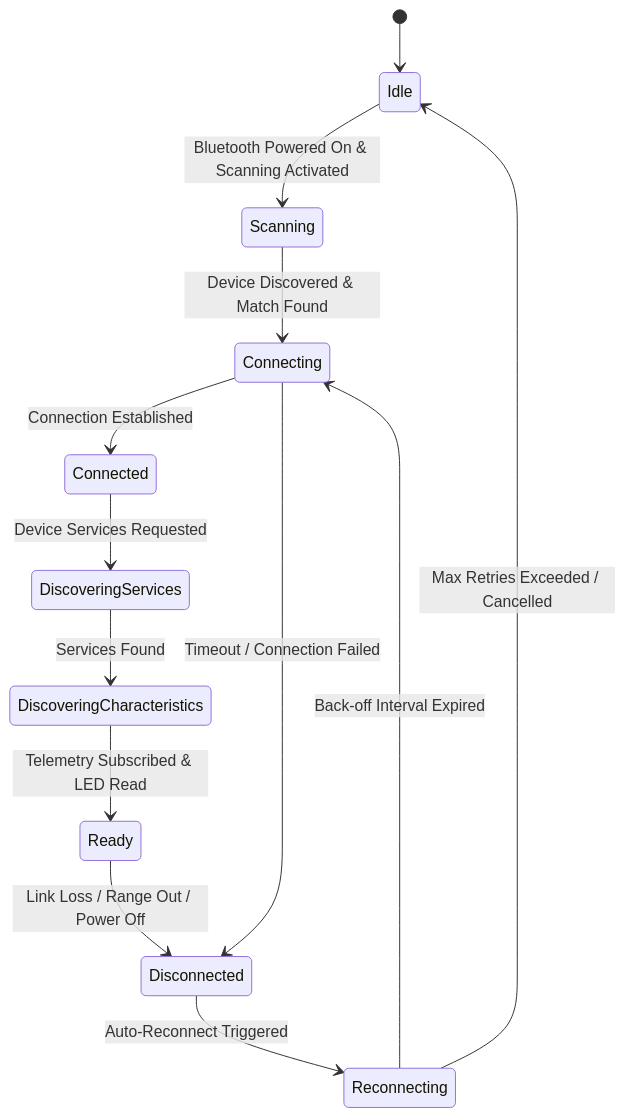
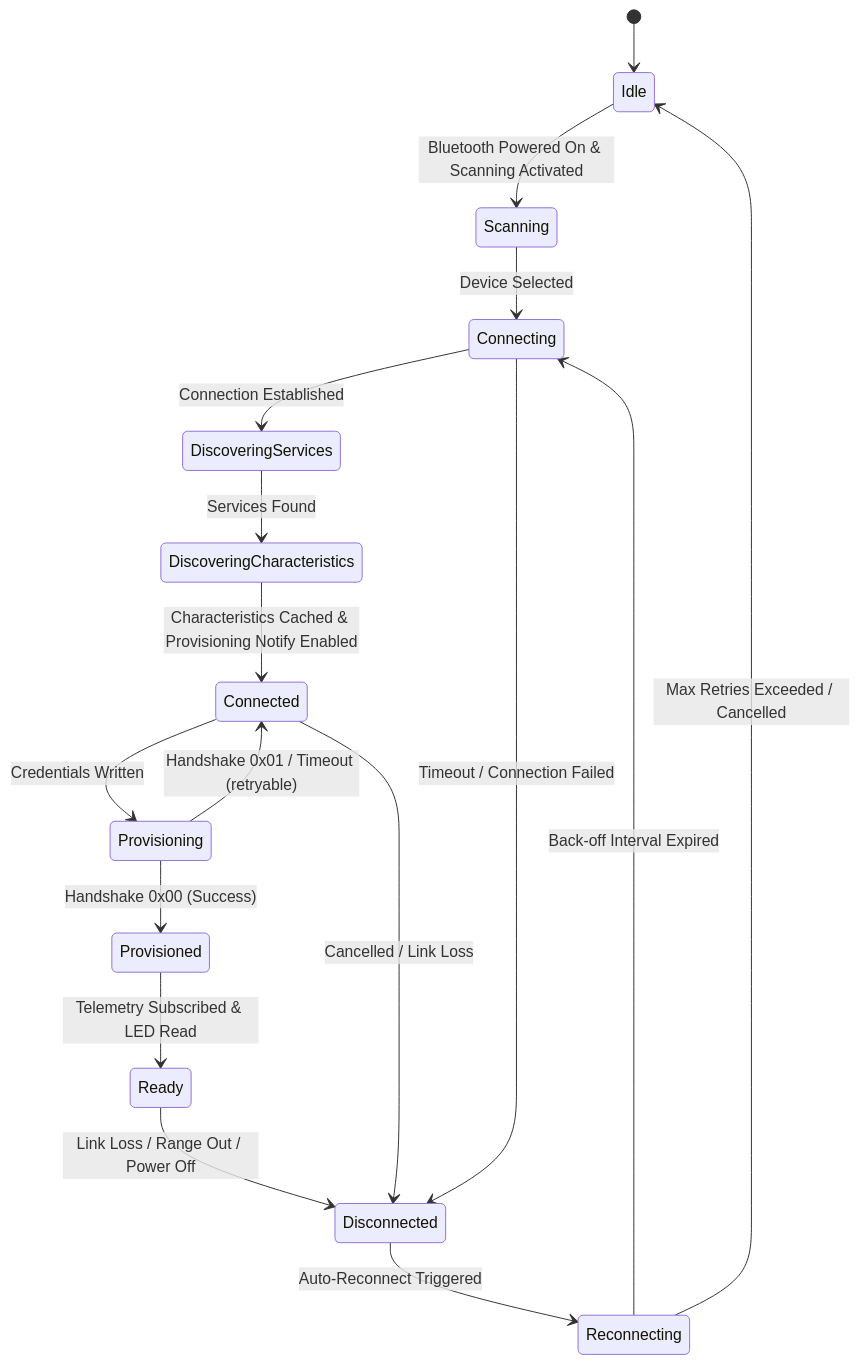
Before and after one commit to dumitru-paraschiv/iot-link: the second of 2 diagrams in docs/ARCHITECTURE.md, drawn with Mermaid. The commit also changed other lines of this file and 2 other files, not shown here.

Commit message:
docs: update architecture and plan for provisioning flow (M4)

````diff
--- a/docs/ARCHITECTURE.md
+++ b/docs/ARCHITECTURE.md
@@ -230,17 +233,22 @@
 ```mermaid
 stateDiagram-v2
     [*] --> Idle
     Idle --> Scanning : Bluetooth Powered On & Scanning Activated
-    Scanning --> Connecting : Device Discovered & Match Found
-    Connecting --> Connected : Connection Established
-    Connected --> DiscoveringServices : Device Services Requested
+    Scanning --> Connecting : Device Selected
+    Connecting --> DiscoveringServices : Connection Established
     DiscoveringServices --> DiscoveringCharacteristics : Services Found
-    DiscoveringCharacteristics --> Ready : Telemetry Subscribed & LED Read
-    
+    DiscoveringCharacteristics --> Connected : Characteristics Cached & Provisioning Notify Enabled
+
+    Connected --> Provisioning : Credentials Written
+    Provisioning --> Provisioned : Handshake 0x00 (Success)
+    Provisioning --> Connected : Handshake 0x01 / Timeout (retryable)
+    Provisioned --> Ready : Telemetry Subscribed & LED Read
+
     Ready --> Disconnected : Link Loss / Range Out / Power Off
+    Connected --> Disconnected : Cancelled / Link Loss
     Connecting --> Disconnected : Timeout / Connection Failed
     
     Disconnected --> Reconnecting : Auto-Reconnect Triggered
     Reconnecting --> Connecting : Back-off Interval Expired
     Reconnecting --> Idle : Max Retries Exceeded / Cancelled
 ```
````
